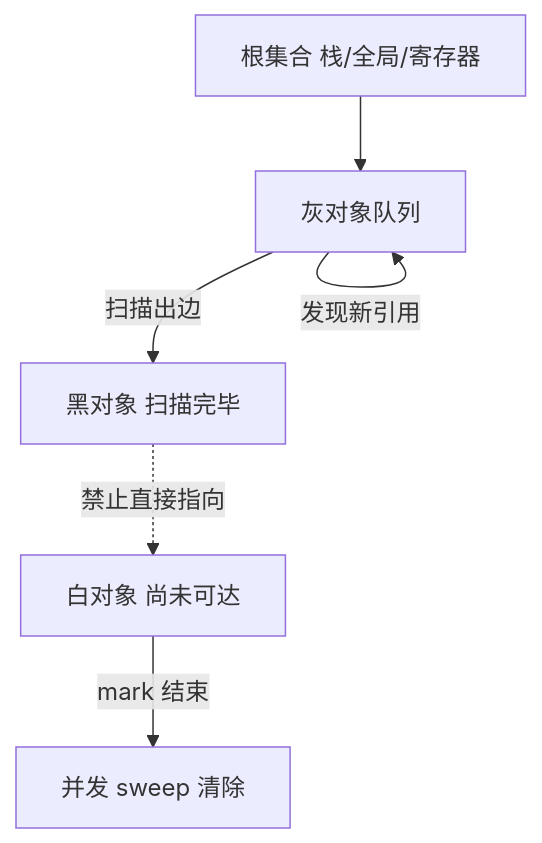
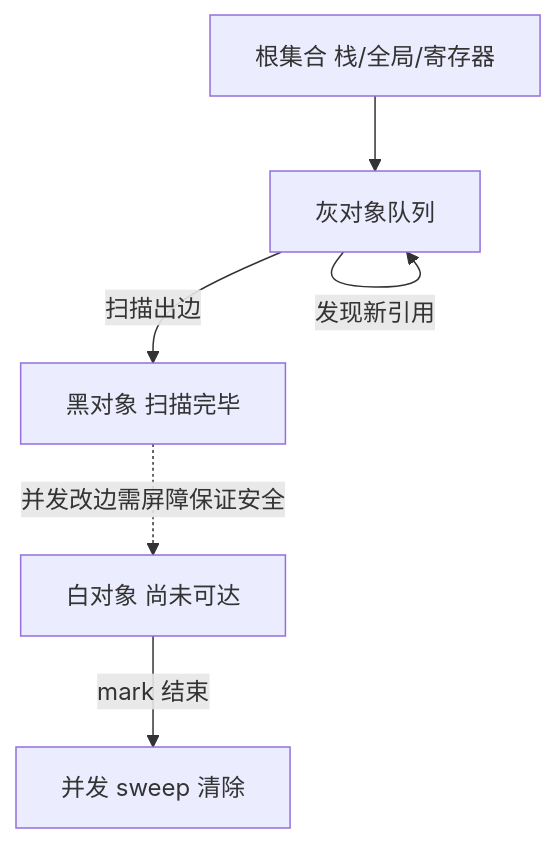
Before and after one commit to twodog-tt/Golang-development-manual: the first of 7 diagrams in docs/interview/02-memory-gc/S-MEM-01-tri-color-gc.md, drawn with Mermaid. The commit also changed other lines of this file and 438 other files, not shown here.

````diff
--- a/docs/interview/02-memory-gc/S-MEM-01-tri-color-gc.md
+++ b/docs/interview/02-memory-gc/S-MEM-01-tri-color-gc.md
@@ -40,8 +46,8 @@
 ```mermaid
 flowchart TB
   Roots[根集合 栈/全局/寄存器] --> Gray[灰对象队列]
   Gray -->|扫描出边| Black[黑对象 扫描完毕]
   Gray -->|发现新引用| Gray
   White[白对象 尚未可达] -->|mark 结束| Sweep[并发 sweep 清除]
-  Black -.->|禁止直接指向| White
+  Black -.->|并发改边需屏障保证安全| White
 ```
````
